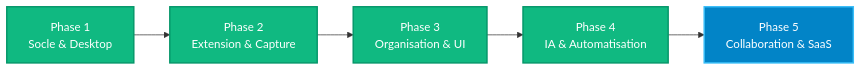
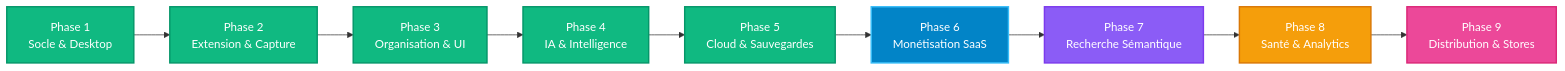
One commit to baguidevos/links-vault changed the diagram in roadmap.md. Above: the diagram before and after it, drawn with Mermaid. The commit also changed other lines of this file, not shown here.

Commit message:
docs(roadmap): update full roadmap with completed milestones and detailed future phases

````diff
--- a/roadmap.md
+++ b/roadmap.md
@@ -7,13 +7,21 @@
 ```mermaid
 graph LR
     P1["Phase 1<br/>Socle & Desktop"] --> P2["Phase 2<br/>Extension & Capture"]
     P2 --> P3["Phase 3<br/>Organisation & UI"]
-    P3 --> P4["Phase 4<br/>IA & Automatisation"]
-    P4 --> P5["Phase 5<br/>Collaboration & SaaS"]
+    P3 --> P4["Phase 4<br/>IA & Intelligence"]
+    P4 --> P5["Phase 5<br/>Cloud & Sauvegardes"]
+    P5 --> P6["Phase 6<br/>Monétisation SaaS"]
+    P6 --> P7["Phase 7<br/>Recherche Sémantique"]
+    P7 --> P8["Phase 8<br/>Santé & Analytics"]
+    P8 --> P9["Phase 9<br/>Distribution & Stores"]
     
     style P1 fill:#10b981,stroke:#059669,stroke-width:2px,color:#fff
     style P2 fill:#10b981,stroke:#059669,stroke-width:2px,color:#fff
     style P3 fill:#10b981,stroke:#059669,stroke-width:2px,color:#fff
     style P4 fill:#10b981,stroke:#059669,stroke-width:2px,color:#fff
-    style P5 fill:#0284c7,stroke:#38bdf8,stroke-width:2px,color:#fff
+    style P5 fill:#10b981,stroke:#059669,stroke-width:2px,color:#fff
+    style P6 fill:#0284c7,stroke:#38bdf8,stroke-width:2px,color:#fff
+    style P7 fill:#8b5cf6,stroke:#7c3aed,stroke-width:2px,color:#fff
+    style P8 fill:#f59e0b,stroke:#d97706,stroke-width:2px,color:#fff
+    style P9 fill:#ec4899,stroke:#db2777,stroke-width:2px,color:#fff
 ```
````
